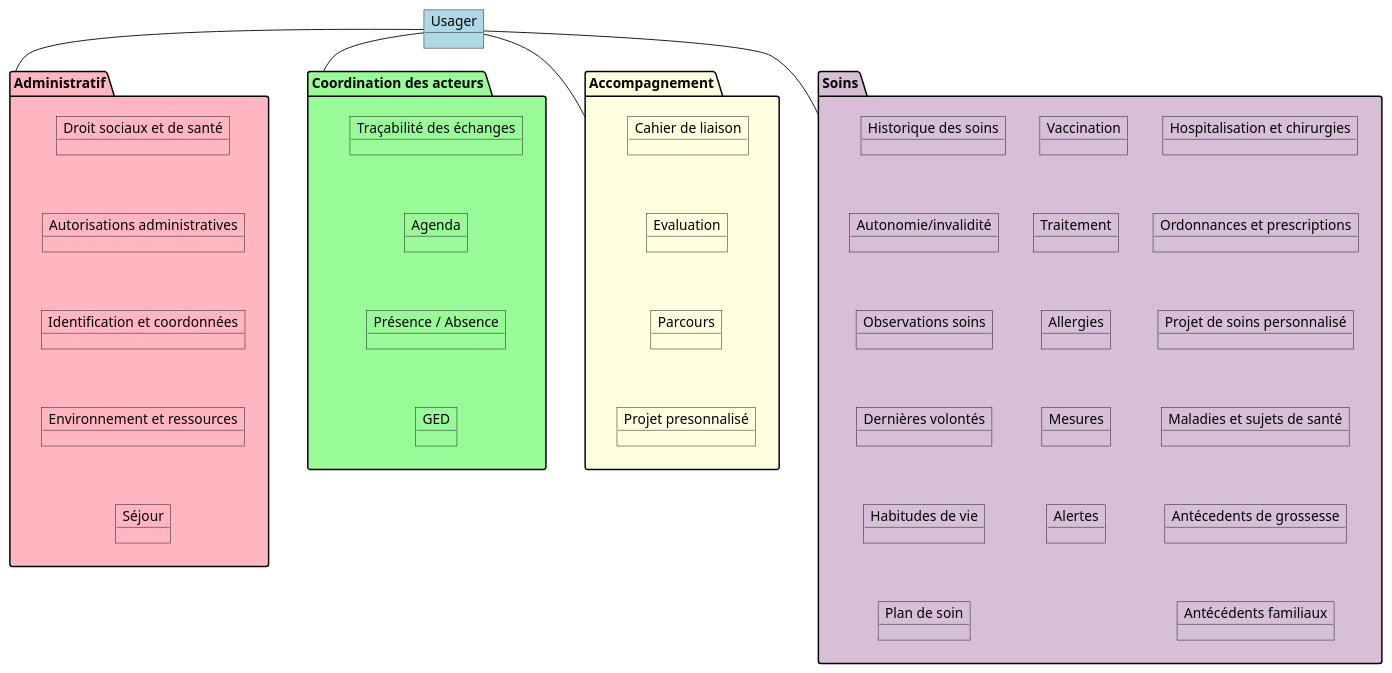
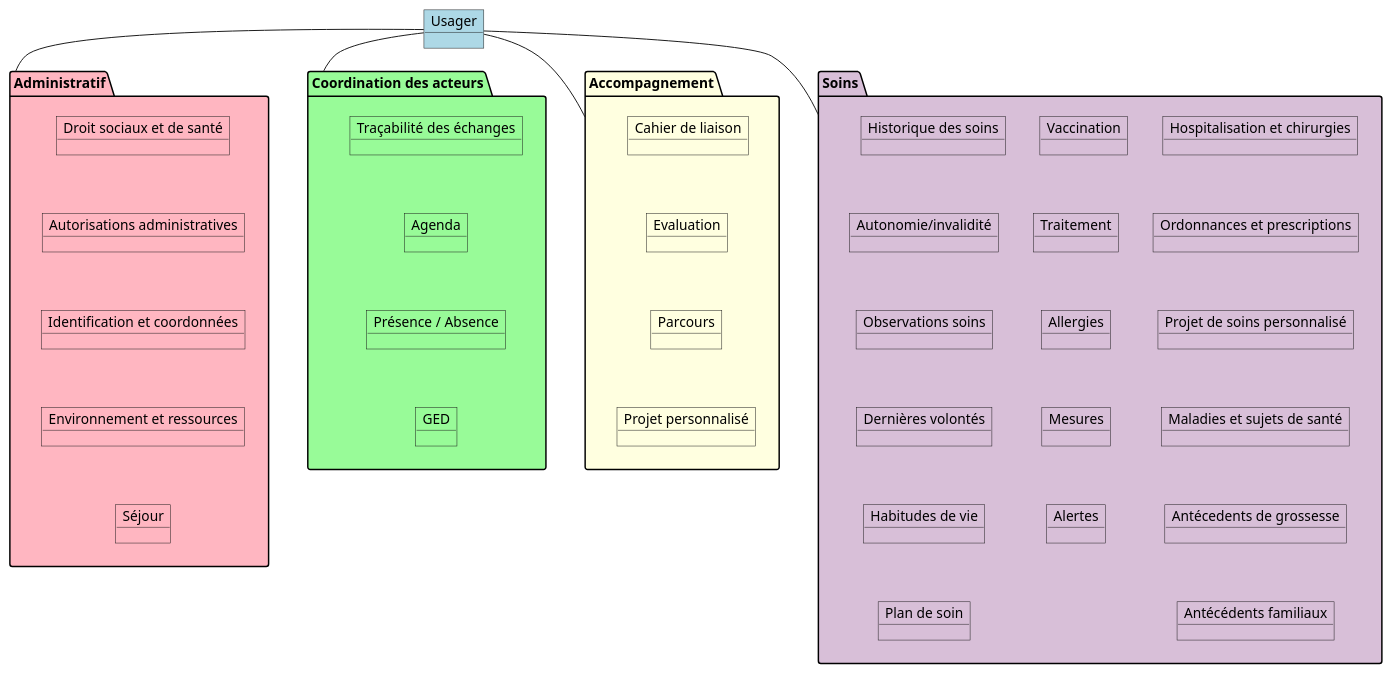
The diagram in input/images-source/representation_globale.plantuml (ansforge/IG-fhir-transfert-donnees-dui-esms), drawn with PlantUML before and after one commit.

```diff
--- a/input/images-source/representation_globale.plantuml
+++ b/input/images-source/representation_globale.plantuml
@@ -1,87 +1,87 @@
 @startuml
 
 object Usager #LightBlue
 
 package Administratif as Admin #LightPink {
   object "Droit sociaux et de santé" as droit #LightPink
   object "Autorisations administratives" as autorisation #LightPink
   object "Identification et coordonnées" as id #LightPink
   object "Environnement et ressources" as env #LightPink
   object "Séjour" as sejour #LightPink
 }
 
 droit -[hidden]- autorisation
 autorisation -[hidden]- id
 id -[hidden]- env
 env -[hidden]- sejour
 
 
 package "Coordination des acteurs" as Coord #PaleGreen {
   object "Traçabilité des échanges" as traca #PaleGreen
   object "Agenda" as agenda #PaleGreen
   object "Présence / Absence" as pres #PaleGreen
   object "GED" as ged #PaleGreen
 }
 
 traca -[hidden]- agenda
 agenda -[hidden]- pres
 pres -[hidden]- ged
 
 
 package "Accompagnement" as Acc #LightYellow {
   object "Cahier de liaison" as cahier #LightYellow
   object "Evaluation" as eval #LightYellow
   object "Parcours" as parc #LightYellow
-  object "Projet presonnalisé" as projP #LightYellow
+  object "Projet personnalisé" as projP #LightYellow
 }
 
 cahier -[hidden]- eval
 eval -[hidden]- parc
 parc -[hidden]- projP
 
 
 package "Soins" as Soin #Thistle {
   object "Maladies et sujets de santé" as mal #Thistle 
   object "Autonomie/invalidité" as autonomie #Thistle
   object "Antécedents de grossesse" as antG #Thistle
   object "Traitement" as trait #Thistle
   object "Hospitalisation et chirurgies" as hospi #Thistle
   object "Antécédents familiaux" as antF #Thistle
   object "Vaccination" as vac #Thistle
   object "Mesures" as mes #Thistle
   object "Habitudes de vie" as hab #Thistle
   object "Dernières volontés" as vol #Thistle
   object "Historique des soins" as histo #Thistle
   object "Ordonnances et prescriptions" as ord #Thistle
   object "Projet de soins personnalisé" as projS #Thistle
   object "Plan de soin" as plan #Thistle
   object "Alertes" as alerte #Thistle
   object "Allergies" as allergie #Thistle
   object "Observations soins" as obs #Thistle
 
 }
 
 hospi -[hidden]- ord
 ord -[hidden]- projS
 projS -[hidden]- mal
 mal -[hidden]- antG
 antG -[hidden]- antF
 
 histo -[hidden]- autonomie
 autonomie -[hidden]- obs
 obs -[hidden]- vol
 vol -[hidden]- hab
 hab -[hidden]- plan
 
 vac -[hidden]- trait
 trait-[hidden]- allergie
 allergie -[hidden]- mes
 mes -[hidden]- alerte
 
 
 Usager -- Admin
 Usager -- Coord
 Usager -- Acc
 Usager -- Soin
 
 @enduml
```
